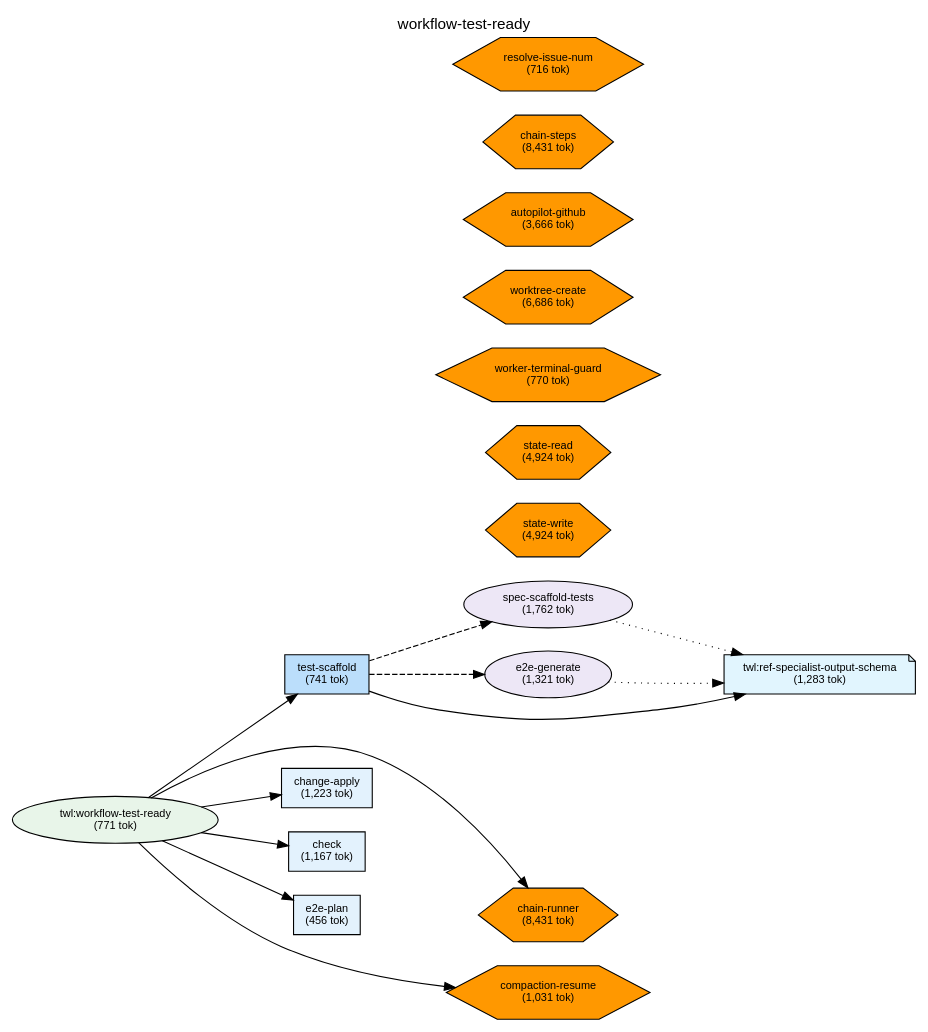
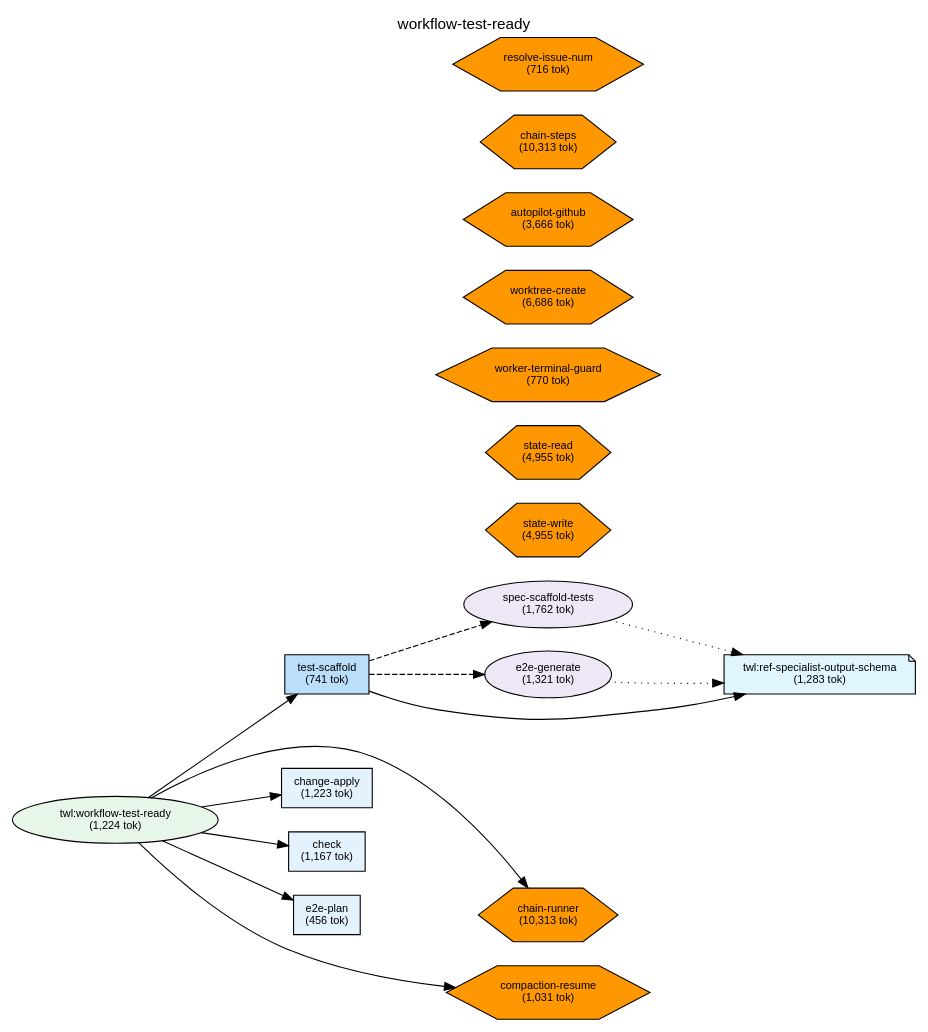
Before and after one commit to shuu5/twill: the diagram in plugins/twl/docs/deps-workflow-test-ready.dot, drawn with Graphviz. The commit also changed 21 other files, not shown here.

```diff
--- a/plugins/twl/docs/deps-workflow-test-ready.dot
+++ b/plugins/twl/docs/deps-workflow-test-ready.dot
@@ -1,83 +1,83 @@
 digraph Dependencies {
     // Graph settings
     rankdir=LR;
     ranksep=0.8;
     nodesep=0.3;
     fontname="Helvetica";
     node [fontname="Helvetica", fontsize=10];
     edge [fontname="Helvetica", fontsize=9];
     label="workflow-test-ready";
     labelloc=t;
     fontsize=14;
 
     // L0: Controller Skills
 
     // L0: Launchers
 
     // L0.5: Workflow Skills
-    skill_workflow_test_ready [label="twl:workflow-test-ready\n(771 tok)", shape=ellipse, style=filled, fillcolor="#e8f5e9"];
+    skill_workflow_test_ready [label="twl:workflow-test-ready\n(1,224 tok)", shape=ellipse, style=filled, fillcolor="#e8f5e9"];
 
     // Reference Skills
     skill_ref_specialist_output_schema [label="twl:ref-specialist-output-schema\n(1,283 tok)", shape=note, style=filled, fillcolor="#e1f5fe"];
 
     // L1: Direct Commands
     cmd_change_apply [label="change-apply\n(1,223 tok)", shape=box, style=filled, fillcolor="#e3f2fd"];
     cmd_check [label="check\n(1,167 tok)", shape=box, style=filled, fillcolor="#e3f2fd"];
     cmd_e2e_plan [label="e2e-plan\n(456 tok)", shape=box, style=filled, fillcolor="#e3f2fd"];
     cmd_test_scaffold [label="test-scaffold\n(741 tok)", shape=box, style=filled, fillcolor="#bbdefb"];
 
     // L2: Sub Commands
 
     // L3: Agents
     agent_spec_scaffold_tests [label="spec-scaffold-tests\n(1,762 tok)", shape=ellipse, style=filled, fillcolor="#ede7f6"];
     agent_e2e_generate [label="e2e-generate\n(1,321 tok)", shape=ellipse, style=filled, fillcolor="#ede7f6"];
 
     // L3.5: Scripts
-    script_state_read [label="state-read\n(4,924 tok)", shape=hexagon, style=filled, fillcolor="#FF9800"];
-    script_state_write [label="state-write\n(4,924 tok)", shape=hexagon, style=filled, fillcolor="#FF9800"];
-    script_chain_runner [label="chain-runner\n(8,431 tok)", shape=hexagon, style=filled, fillcolor="#FF9800"];
+    script_state_read [label="state-read\n(4,955 tok)", shape=hexagon, style=filled, fillcolor="#FF9800"];
+    script_state_write [label="state-write\n(4,955 tok)", shape=hexagon, style=filled, fillcolor="#FF9800"];
+    script_chain_runner [label="chain-runner\n(10,313 tok)", shape=hexagon, style=filled, fillcolor="#FF9800"];
     script_worker_terminal_guard [label="worker-terminal-guard\n(770 tok)", shape=hexagon, style=filled, fillcolor="#FF9800"];
     script_worktree_create [label="worktree-create\n(6,686 tok)", shape=hexagon, style=filled, fillcolor="#FF9800"];
     script_autopilot_github [label="autopilot-github\n(3,666 tok)", shape=hexagon, style=filled, fillcolor="#FF9800"];
-    script_chain_steps [label="chain-steps\n(8,431 tok)", shape=hexagon, style=filled, fillcolor="#FF9800"];
+    script_chain_steps [label="chain-steps\n(10,313 tok)", shape=hexagon, style=filled, fillcolor="#FF9800"];
     script_compaction_resume [label="compaction-resume\n(1,031 tok)", shape=hexagon, style=filled, fillcolor="#FF9800"];
     script_resolve_issue_num [label="resolve-issue-num\n(716 tok)", shape=hexagon, style=filled, fillcolor="#FF9800"];
 
     // L4: External
 
     // Layer constraints
     { rank=same; skill_workflow_test_ready; }
     { rank=same; skill_ref_specialist_output_schema; }
     { rank=same; cmd_change_apply; cmd_check; cmd_e2e_plan; cmd_test_scaffold; }
     { rank=same; agent_spec_scaffold_tests; agent_e2e_generate; }
     { rank=same; script_state_read; script_state_write; script_chain_runner; script_worker_terminal_guard; script_worktree_create; script_autopilot_github; script_chain_steps; script_compaction_resume; script_resolve_issue_num; }
 
     // Edges
     skill_workflow_test_ready -> cmd_test_scaffold;
     skill_workflow_test_ready -> cmd_change_apply;
     skill_workflow_test_ready -> cmd_check;
     skill_workflow_test_ready -> cmd_e2e_plan;
     skill_workflow_test_ready -> script_chain_runner;
     skill_workflow_test_ready -> script_compaction_resume;
     cmd_test_scaffold -> agent_spec_scaffold_tests [style=dashed];
     cmd_test_scaffold -> agent_e2e_generate [style=dashed];
     cmd_test_scaffold -> skill_ref_specialist_output_schema;
     agent_spec_scaffold_tests -> skill_ref_specialist_output_schema [style=dotted];
     agent_e2e_generate -> skill_ref_specialist_output_schema [style=dotted];
 
     // Ordering constraints (invisible edges)
     script_chain_runner -> script_compaction_resume [style=invis, weight=10];
     cmd_test_scaffold -> cmd_change_apply [style=invis, weight=10];
     cmd_change_apply -> cmd_check [style=invis, weight=10];
     cmd_check -> cmd_e2e_plan [style=invis, weight=10];
     cmd_e2e_plan -> script_chain_runner [style=invis, weight=10];
     script_chain_runner -> script_compaction_resume [style=invis, weight=10];
     script_chain_runner -> script_compaction_resume [style=invis, weight=10];
     script_chain_runner -> script_compaction_resume [style=invis, weight=10];
     agent_spec_scaffold_tests -> agent_e2e_generate [style=invis, weight=10];
     agent_e2e_generate -> skill_ref_specialist_output_schema [style=invis, weight=10];
     script_state_read -> script_state_write [style=invis, weight=10];
     script_state_read -> script_state_write [style=invis, weight=10];
     script_state_read -> script_state_write [style=invis, weight=10];
 
 }
```
